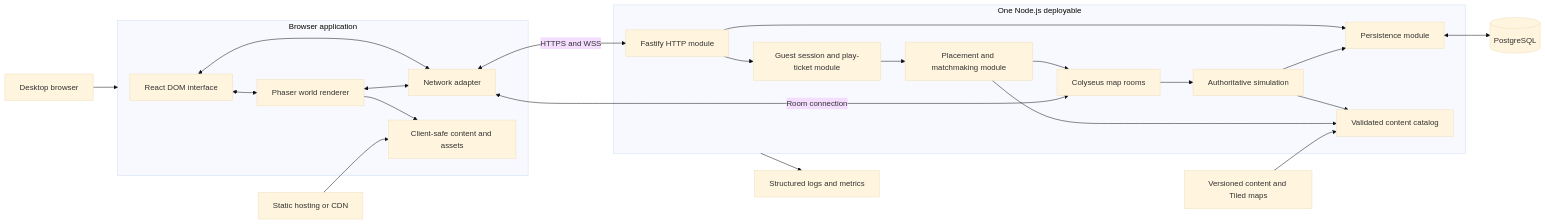
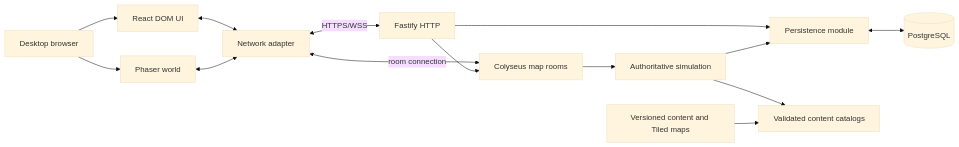
Before and after one commit to aka-luan/vibegame: the diagram in PLAN.md, drawn with Mermaid (base theme). The commit also changed other lines of this file and 16 other files, not shown here.

Commit message:
docs: approve implementation plan and architecture

````diff
--- a/PLAN.md
+++ b/PLAN.md
@@ -304,46 +175,28 @@
 ```mermaid
 flowchart LR
-    P[Desktop browser]
+    B[Desktop browser]
+    UI[React DOM UI]
+    G[Phaser world]
+    N[Network adapter]
+    H[Fastify HTTP]
+    R[Colyseus map rooms]
+    S[Authoritative simulation]
+    P[Persistence module]
+    C[Validated content catalogs]
+    DB[(PostgreSQL)]
+    F[Versioned content and Tiled maps]
 
-    subgraph Web[Browser application]
-        UI[React DOM interface]
-        G[Phaser world renderer]
-        N[Network adapter]
-        C[Client-safe content and assets]
-        UI <--> G
-        UI <--> N
-        G <--> N
-        G --> C
-    end
-
-    subgraph App[One Node.js deployable]
-        H[Fastify HTTP module]
-        A[Guest session and play-ticket module]
-        MM[Placement and matchmaking module]
-        R[Colyseus map rooms]
-        S[Authoritative simulation]
-        PM[Persistence module]
-        CL[Validated content catalog]
-        H --> A
-        H --> PM
-        A --> MM
-        MM --> R
-        R --> S
-        S --> PM
-        S --> CL
-        MM --> CL
-    end
-
-    DB[(PostgreSQL)]
-    Files[Versioned content and Tiled maps]
-    Logs[Structured logs and metrics]
-    CDN[Static hosting or CDN]
-
-    P --> Web
-    CDN --> C
-    N <-->|HTTPS and WSS| H
-    N <-->|Room connection| R
-    PM <--> DB
-    Files --> CL
-    App --> Logs
+    B --> UI
+    B --> G
+    UI <--> N
+    G <--> N
+    N <-->|HTTPS/WSS| H
+    N <-->|room connection| R
+    H --> P
+    H --> R
+    R --> S
+    S --> P
+    S --> C
+    P <--> DB
+    F --> C
 ```
````
